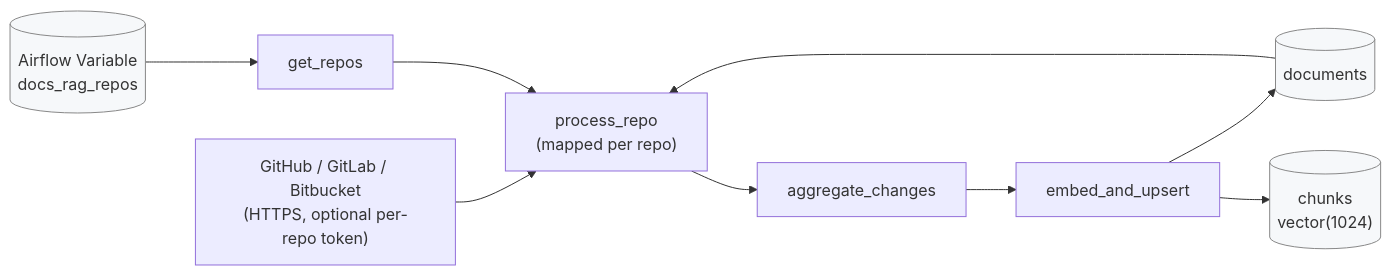
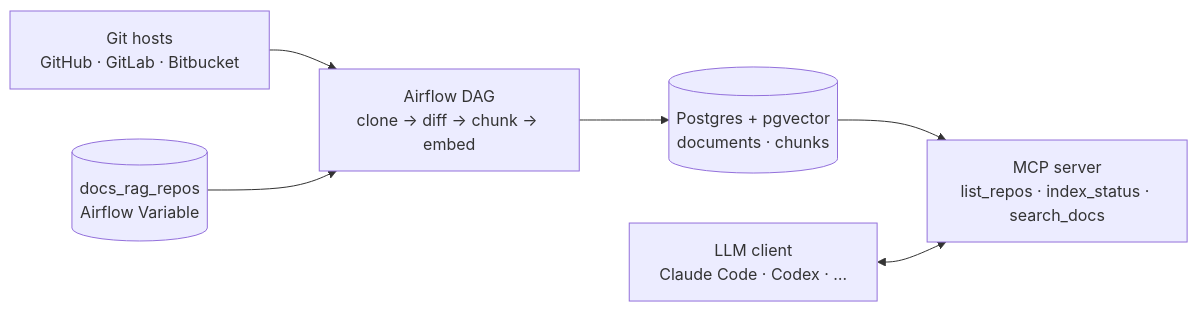
One commit to MhaFADH/ragit changed the diagram in docs/architecture.md. Above: the diagram before and after it, drawn with Mermaid. The commit also changed other lines of this file and 1 other file, not shown here.

Commit message:
docs: mcp client setup + architecture refresh

````diff
--- a/docs/architecture.md
+++ b/docs/architecture.md
@@ -7,19 +7,15 @@
 ```mermaid
 flowchart LR
-    Repos["GitHub / GitLab / Bitbucket<br/>(HTTPS, optional per-repo token)"]
-    Var[("Airflow Variable<br/>docs_rag_repos")]
+    Repos["Git hosts<br/>GitHub · GitLab · Bitbucket"]
+    Var[("docs_rag_repos<br/>Airflow Variable")]
+    Airflow["Airflow DAG<br/>clone → diff → chunk → embed"]
+    DB[("Postgres + pgvector<br/>documents · chunks")]
+    MCP["MCP server<br/>list_repos · index_status · search_docs"]
+    Client["LLM client<br/>Claude Code · Codex · …"]
 
-    Repos --> ProcessRepo
-    Var --> GetRepos
-
-    GetRepos[get_repos] --> ProcessRepo["process_repo<br/>(mapped per repo)"]
-    ProcessRepo --> Aggregate[aggregate_changes]
-    Aggregate --> Embed[embed_and_upsert]
-
-    Documents[("documents")] --> ProcessRepo
-    Embed --> Documents
-    Embed --> Chunks[("chunks<br/>vector(1024)")]
-
-    classDef store fill:#f6f8fa,stroke:#888;
-    class Documents,Chunks,Var store;
+    Repos --> Airflow
+    Var --> Airflow
+    Airflow --> DB
+    DB --> MCP
+    Client <--> MCP
 ```
````
